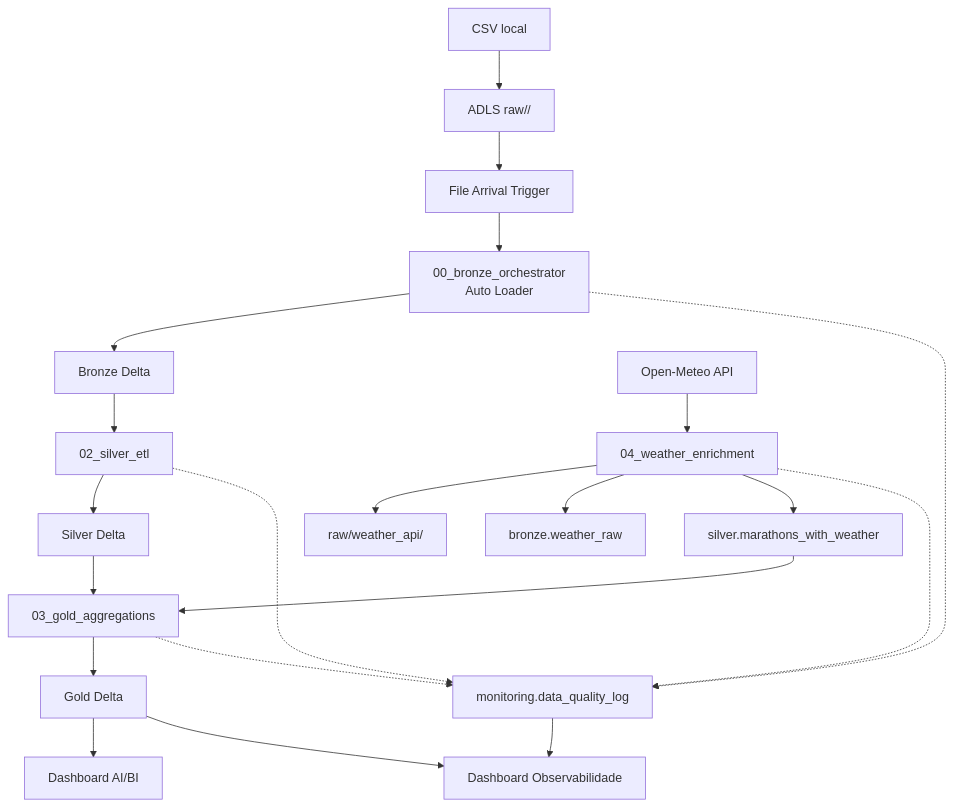
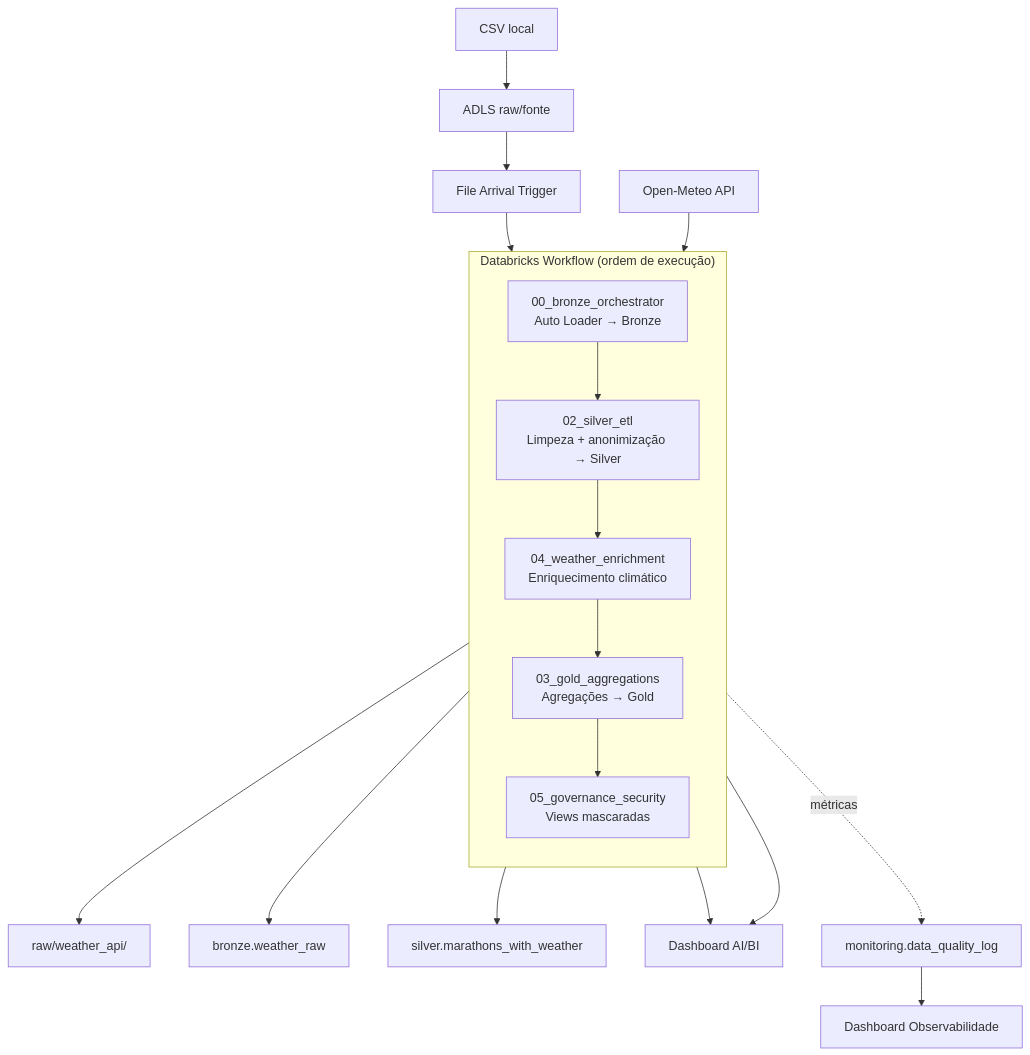
Before and after one commit to brunomrusso/marathon-case-data-master: the diagram in README.md, drawn with Mermaid.

Commit message:
docs(readme): improve mermaid diagram - task order, governance, cleaner edges
Generated with [Devin](https://devin.ai)

````diff
--- a/README.md
+++ b/README.md
@@ -49,28 +49,27 @@
 ```mermaid
 flowchart TB
-    A[CSV local] --> B[ADLS raw/<fonte>/]
+    A[CSV local] --> B[ADLS raw/fonte]
     B --> C[File Arrival Trigger]
-    C --> D[00_bronze_orchestrator<br/>Auto Loader]
+    C --> T1
 
-    D --> E[Bronze Delta]
-    E --> F[02_silver_etl]
-    F --> G[Silver Delta]
+    subgraph WF["Databricks Workflow (ordem de execução)"]
+        direction TB
+        T1[00_bronze_orchestrator<br/>Auto Loader → Bronze]
+        T2[02_silver_etl<br/>Limpeza + anonimização → Silver]
+        T3[04_weather_enrichment<br/>Enriquecimento climático]
+        T4[03_gold_aggregations<br/>Agregações → Gold]
+        T5[05_governance_security<br/>Views mascaradas]
+        T1 --> T2 --> T3 --> T4 --> T5
+    end
 
-    H[Open-Meteo API] --> I[04_weather_enrichment]
-    I --> J[raw/weather_api/]
-    I --> K[bronze.weather_raw]
-    I --> L[silver.marathons_with_weather]
+    API[Open-Meteo API] --> T3
+    T3 --> W1[raw/weather_api/]
+    T3 --> W2[bronze.weather_raw]
+    T3 --> W3[silver.marathons_with_weather]
 
-    G --> M[03_gold_aggregations]
-    L --> M
-    M --> N[Gold Delta]
+    T4 --> DASH[Dashboard AI/BI]
+    T5 --> DASH
+    M[monitoring.data_quality_log] --> DASH2[Dashboard Observabilidade]
 
-    N --> O[Dashboard AI/BI]
-    N --> P[Dashboard Observabilidade]
-
-    D -.-> Q[monitoring.data_quality_log]
-    F -.-> Q
-    I -.-> Q
-    M -.-> Q
-    Q --> P
+    WF -.->|métricas| M
 ```
````
